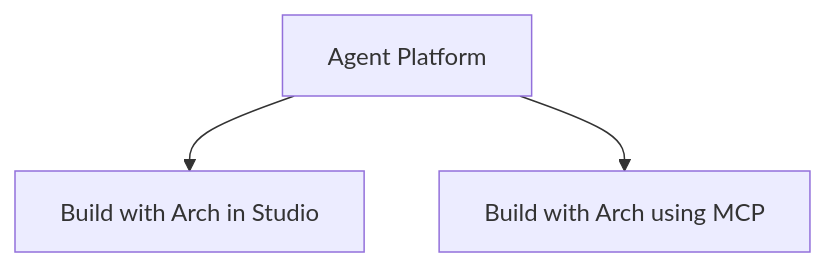
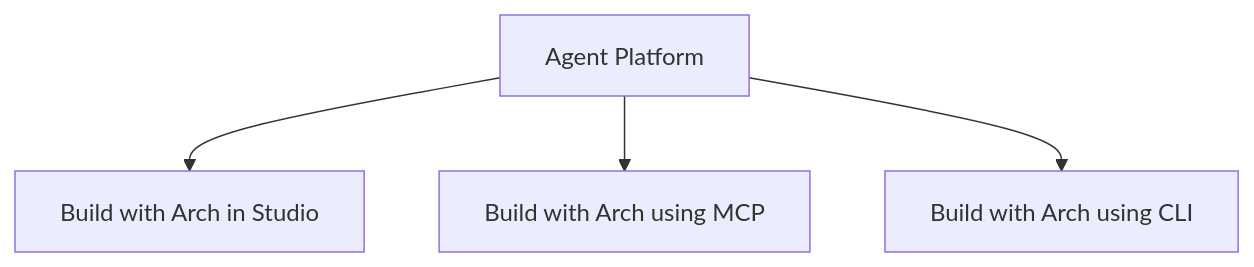
Before and after one commit to Koredotcom/docs-v2: the diagram in agent-platform/getting-started.mdx, drawn with Mermaid. The commit also changed other lines of this file, not shown here.

Commit message:
cli mention in quick start

````diff
--- a/agent-platform/getting-started.mdx
+++ b/agent-platform/getting-started.mdx
@@ -12,6 +12,7 @@
 ```mermaid actions={false}
 flowchart TD
     P["Agent Platform"]
     P --> B["Build with Arch in Studio"]
     P --> C["Build with Arch using MCP"]
+    P --> D["Build with Arch using CLI"]
 ```
````
